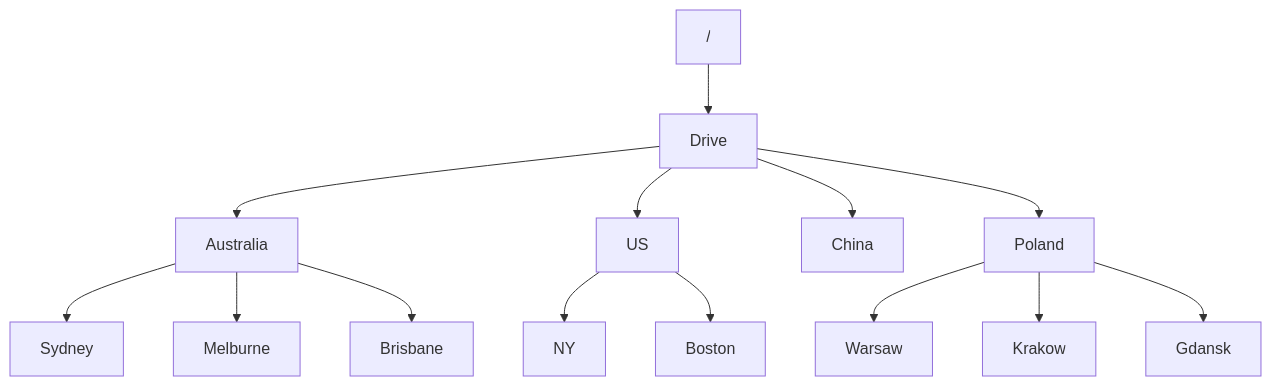
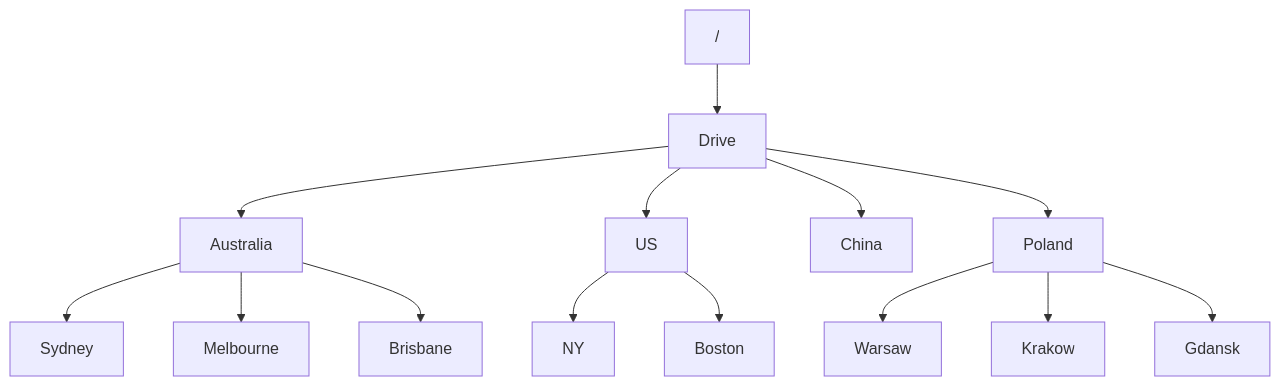
One commit to DontTrustVerifyOrg/gig-gossip changed the first of 3 diagrams in whitepaper/protocol.md. Above: the diagram before and after it, drawn with Mermaid. The commit also changed other lines of this file, not shown here.

````diff
--- a/whitepaper/protocol.md
+++ b/whitepaper/protocol.md
@@ -46,7 +46,7 @@
 ```mermaid
 flowchart TD
 / --> Drive --> Australia & US & China & Poland
-Australia --> Sydney & Melburne & Brisbane
+Australia --> Sydney & Melbourne & Brisbane
 US --> NY & Boston
 Poland --> Warsaw & Krakow & Gdansk
 ```
````
